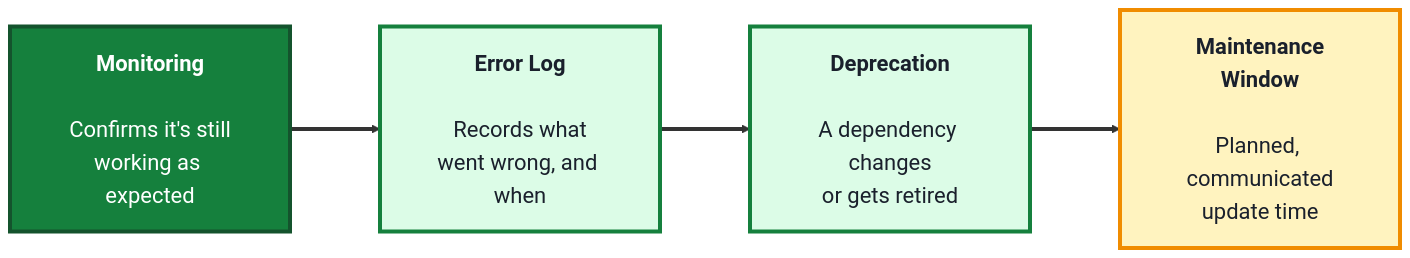
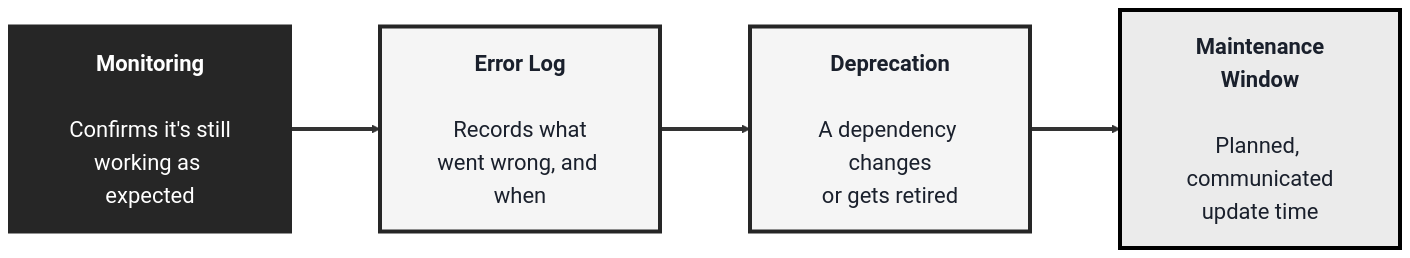
The third of 3 diagrams in src/Pages/courses/TechArchs/deployment-module.md (SHEMODELTECH/shemodeltech), drawn with Mermaid before and after one commit. The commit also changed other lines of this file and 46 other files, not shown here.

````diff
--- a/src/Pages/courses/TechArchs/deployment-module.md
+++ b/src/Pages/courses/TechArchs/deployment-module.md
@@ -136,16 +136,16 @@
 ```mermaid
-%%{init: {'theme':'base', 'themeVariables': {'fontSize':'22px', 'primaryTextColor':'#1a202c', 'primaryBorderColor':'#15803d', 'lineColor':'#333333'}, 'flowchart': {'nodeSpacing': 70, 'rankSpacing': 90, 'padding': 20}}}%%
+%%{init: {'theme':'base', 'themeVariables': {'fontSize':'22px', 'primaryTextColor':'#1a202c', 'primaryBorderColor':'#262626', 'lineColor':'#333333'}, 'flowchart': {'nodeSpacing': 70, 'rankSpacing': 90, 'padding': 20}}}%%
 flowchart LR
     M["<b>Monitoring</b><br/><br/>Confirms it's still<br/>working as expected"]
     EL["<b>Error Log</b><br/><br/>Records what<br/>went wrong, and when"]
     DP["<b>Deprecation</b><br/><br/>A dependency changes<br/>or gets retired"]
     MW["<b>Maintenance<br/>Window</b><br/><br/>Planned, communicated<br/>update time"]
 
     M ==> EL ==> DP ==> MW
 
-    style M fill:#15803d,color:#fff,stroke:#14532d,stroke-width:4px
-    style EL fill:#dcfce7,color:#1a202c,stroke:#15803d,stroke-width:4px
-    style DP fill:#dcfce7,color:#1a202c,stroke:#15803d,stroke-width:4px
-    style MW fill:#fff3bf,color:#1a202c,stroke:#f08c00,stroke-width:4px
+    style M fill:#262626,color:#fff,stroke:#262626,stroke-width:4px
+    style EL fill:#F5F5F5,color:#1a202c,stroke:#262626,stroke-width:4px
+    style DP fill:#F5F5F5,color:#1a202c,stroke:#262626,stroke-width:4px
+    style MW fill:#EBEBEB,color:#1a202c,stroke:#000000,stroke-width:4px
     linkStyle default stroke-width:4px,stroke:#333333
 ```
````
